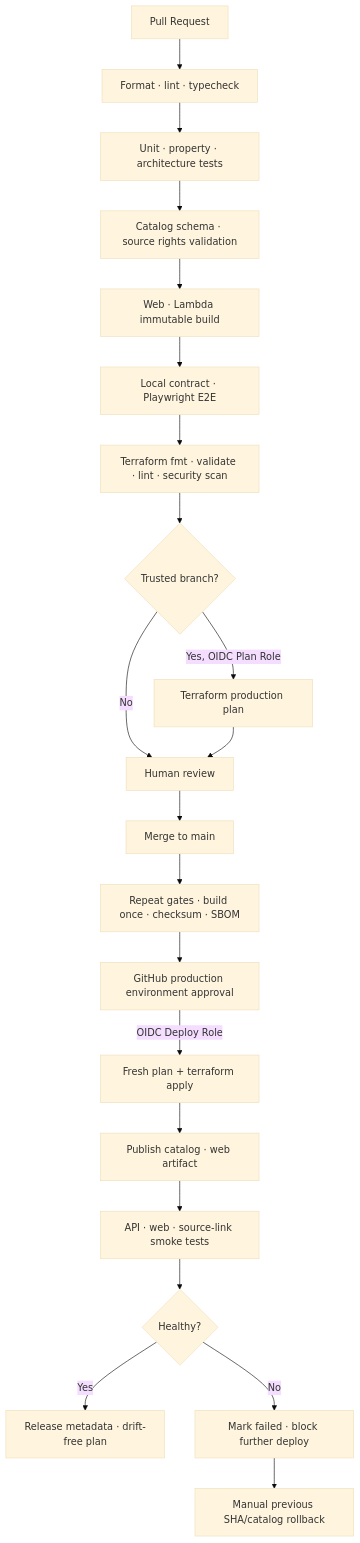
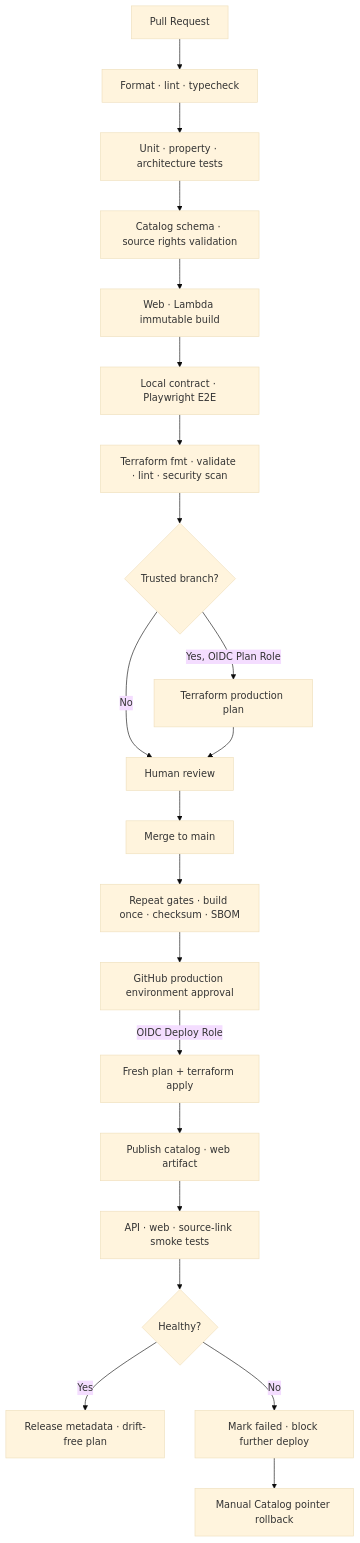
The diagram in docs/07-delivery/CI_CD.md (ekseh93/japan-korea-travel-route-composer), drawn with Mermaid (base theme) before and after one commit. The commit also changed other lines of this file and 9 other files, not shown here.

Commit message:
Add protected catalog rollback workflow

```diff
--- a/docs/07-delivery/CI_CD.md
+++ b/docs/07-delivery/CI_CD.md
@@ -35,23 +35,23 @@
 ~~~mermaid
 flowchart TD
     PR["Pull Request"] --> Static["Format · lint · typecheck"]
     Static --> Domain["Unit · property · architecture tests"]
     Domain --> Data["Catalog schema · source rights validation"]
     Data --> Build["Web · Lambda immutable build"]
     Build --> E2E["Local contract · Playwright E2E"]
     E2E --> IaC["Terraform fmt · validate · lint · security scan"]
     IaC --> Trust{"Trusted branch?"}
     Trust -->|No| Review["Human review"]
     Trust -->|Yes, OIDC Plan Role| Plan["Terraform production plan"]
     Plan --> Review
     Review --> Merge["Merge to main"]
     Merge --> Rebuild["Repeat gates · build once · checksum · SBOM"]
     Rebuild --> Approval["GitHub production environment approval"]
     Approval -->|OIDC Deploy Role| Apply["Fresh plan + terraform apply"]
     Apply --> Publish["Publish catalog · web artifact"]
     Publish --> Smoke["API · web · source-link smoke tests"]
     Smoke --> Result{"Healthy?"}
     Result -->|Yes| Release["Release metadata · drift-free plan"]
     Result -->|No| Stop["Mark failed · block further deploy"]
-    Stop --> Rollback["Manual previous SHA/catalog rollback"]
+    Stop --> Rollback["Manual Catalog pointer rollback"]
 ~~~
```
